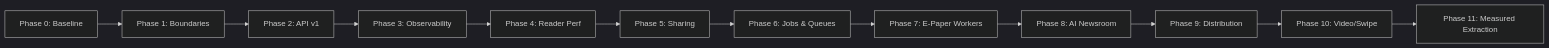
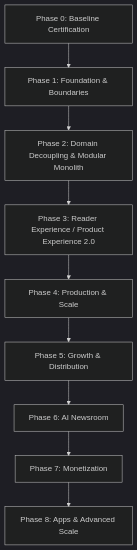
One commit to zaidshery/Lokswami-version-3 changed the diagram in docs/b3/ROADMAP.md. Above: the diagram before and after it, drawn with Mermaid (dark theme). The commit also changed other lines of this file and 4 other files, not shown here.

Commit message:
docs(b3): correct architecture freeze facts and roadmap

````diff
--- a/docs/b3/ROADMAP.md
+++ b/docs/b3/ROADMAP.md
@@ -11,14 +17,11 @@
 ```mermaid
-graph LR
-    P0["Phase 0: Baseline"] --> P1["Phase 1: Boundaries"]
-    P1 --> P2["Phase 2: API v1"]
-    P2 --> P3["Phase 3: Observability"]
-    P3 --> P4["Phase 4: Reader Perf"]
-    P4 --> P5["Phase 5: Sharing"]
-    P5 --> P6["Phase 6: Jobs & Queues"]
-    P6 --> P7["Phase 7: E-Paper Workers"]
-    P7 --> P8["Phase 8: AI Newsroom"]
-    P8 --> P9["Phase 9: Distribution"]
-    P9 --> P10["Phase 10: Video/Swipe"]
-    P10 --> P11["Phase 11: Measured Extraction"]
+graph TD
+    P0["Phase 0: Baseline Certification"] --> P1["Phase 1: Foundation & Boundaries"]
+    P1 --> P2["Phase 2: Domain Decoupling & Modular Monolith"]
+    P2 --> P3["Phase 3: Reader Experience / Product Experience 2.0"]
+    P3 --> P4["Phase 4: Production & Scale"]
+    P4 --> P5["Phase 5: Growth & Distribution"]
+    P5 --> P6["Phase 6: AI Newsroom"]
+    P6 --> P7["Phase 7: Monetization"]
+    P7 --> P8["Phase 8: Apps & Advanced Scale"]
 ```
````
